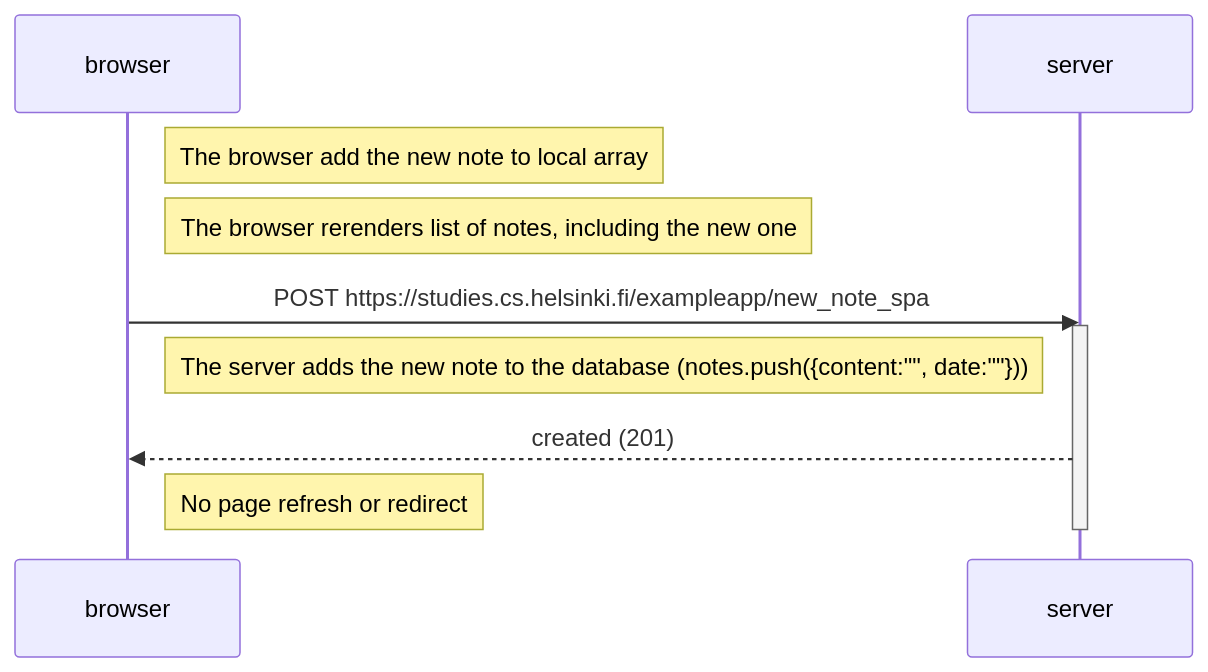
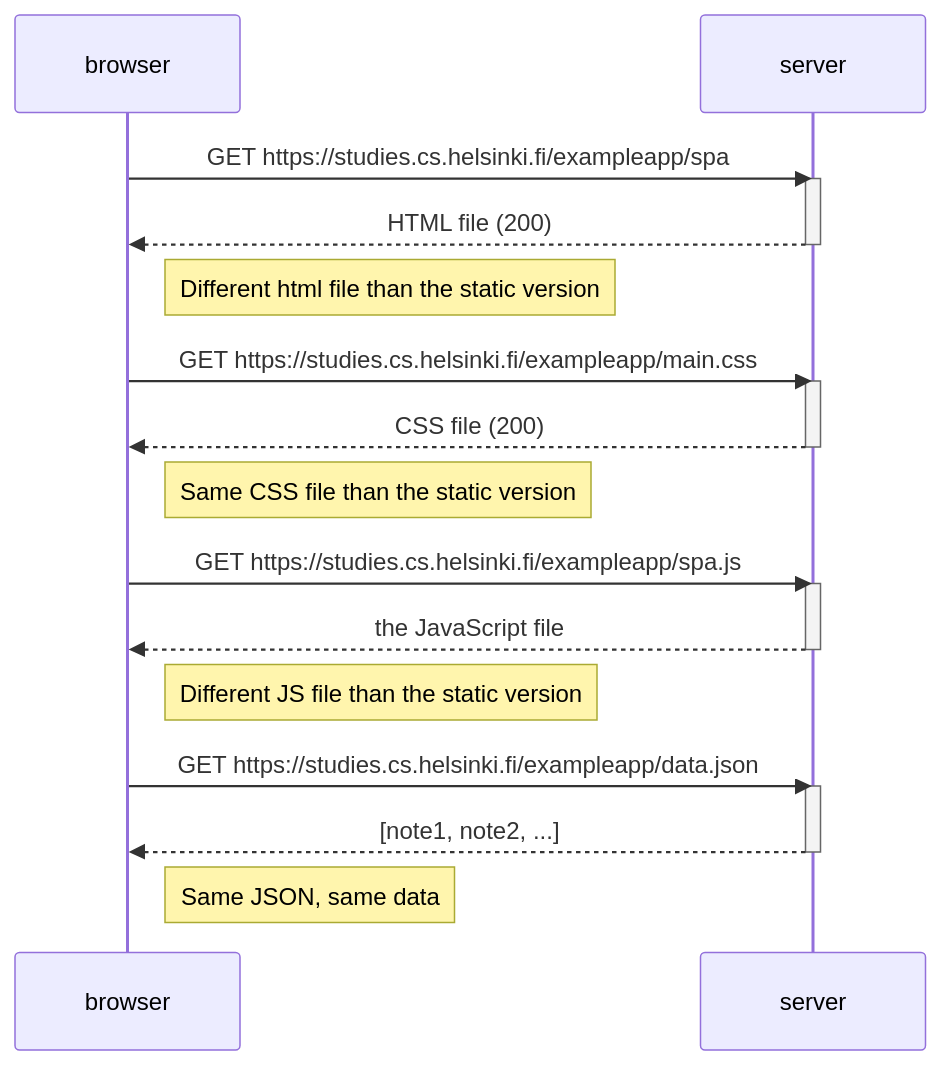
The diagram in part0/exercice0.5.md (n-seine/fullStackOpen), drawn with Mermaid before and after one commit. The commit also changed 1 other file, not shown here.

Commit message:
finish exercices for part0

````diff
--- a/part0/exercice0.5.md
+++ b/part0/exercice0.5.md
@@ -1,16 +1,35 @@
 ```mermaid
 
 sequenceDiagram
     participant browser
     participant server
 
- Note right of browser: The browser add the new note to local array
-Note right of browser: The browser rerenders list of notes, including the new one
 
-    browser->>server: POST https://studies.cs.helsinki.fi/exampleapp/new_note_spa
+    browser->>server: GET https://studies.cs.helsinki.fi/exampleapp/spa
     activate server
-     Note left of server: The server adds the new note to the database (notes.push({content:"", date:""}))
-    server-->>browser: created (201)
-      Note right of browser: No page refresh or redirect
+    server-->>browser: HTML file (200)
     deactivate server
+
+    Note right of browser: Different html file than the static version
+
+    browser->>server: GET https://studies.cs.helsinki.fi/exampleapp/main.css
+    activate server
+    server-->>browser: CSS file (200)
+    deactivate server
+    Note right of browser: Same CSS file than the static version
+
+    browser->>server: GET https://studies.cs.helsinki.fi/exampleapp/spa.js
+    activate server
+    server-->>browser: the JavaScript file
+    deactivate server
+    Note right of browser: Different JS file than the static version
+
+
+
+    browser->>server: GET https://studies.cs.helsinki.fi/exampleapp/data.json
+    activate server
+    server-->>browser: [note1, note2, ...]
+    deactivate server
+
+    Note right of browser: Same JSON, same data
 ```
````
